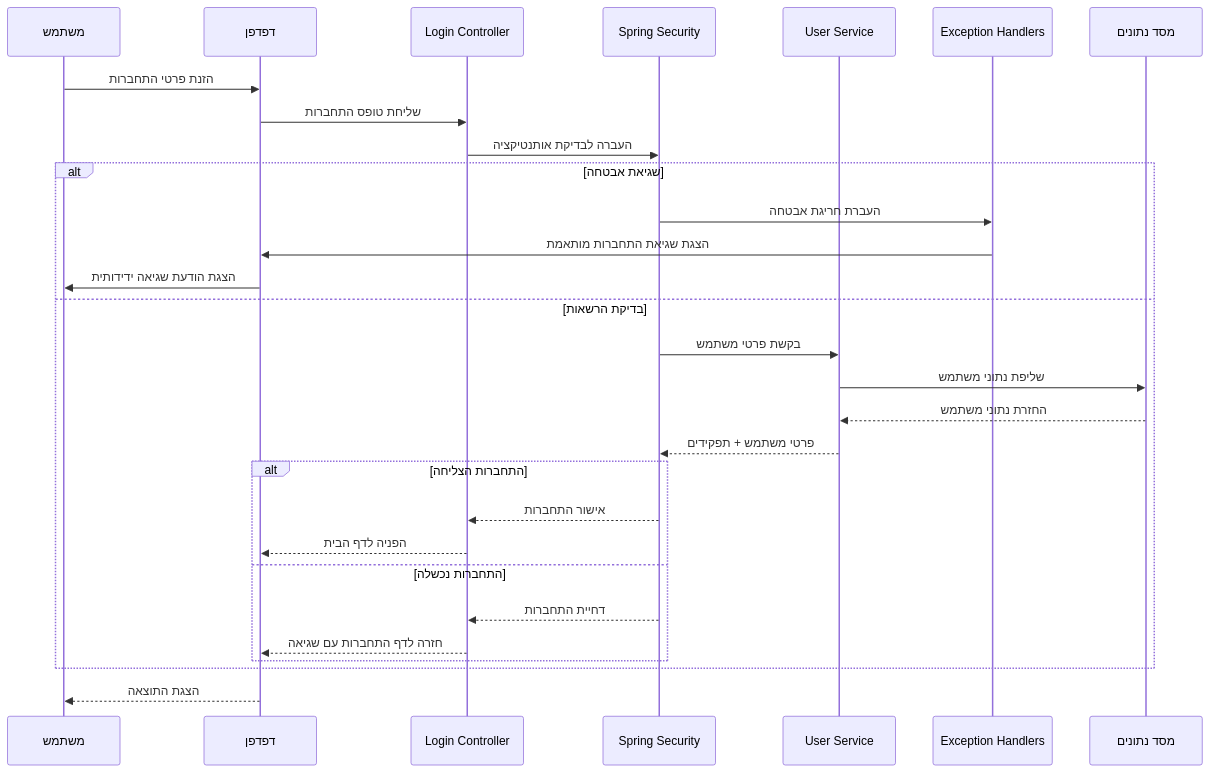
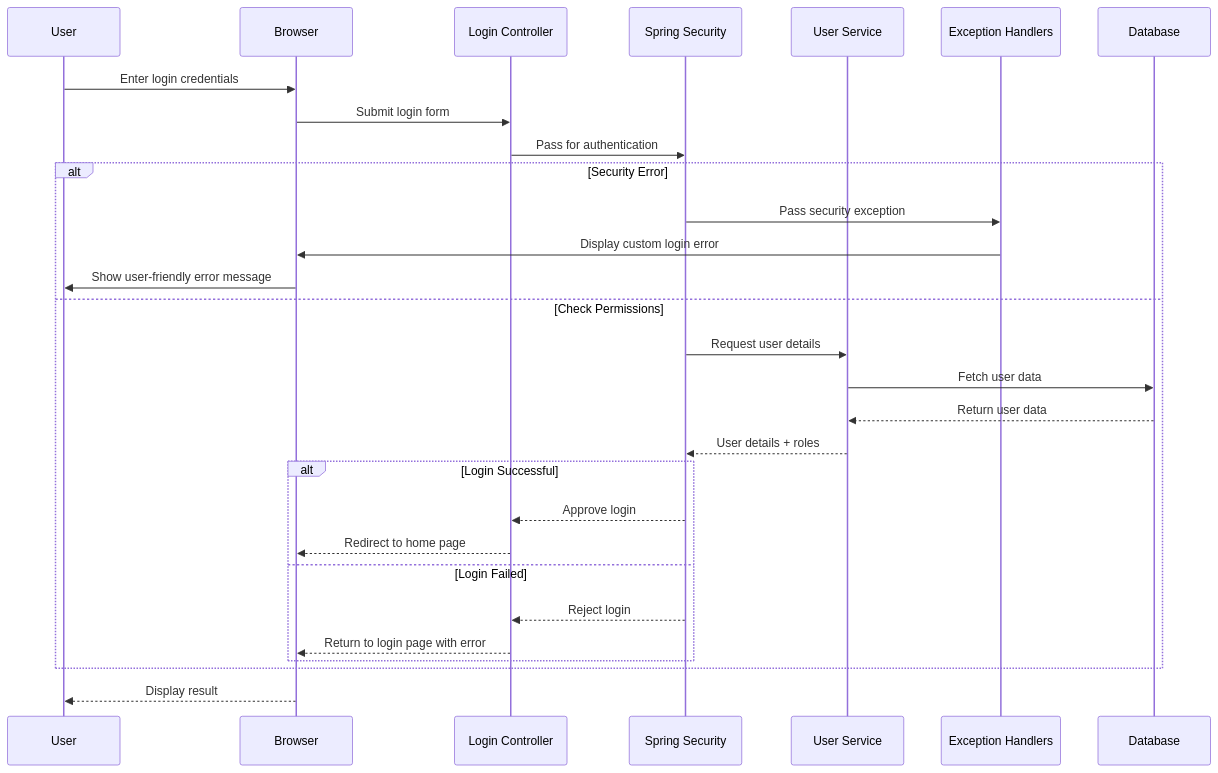
One commit to EliGuriel/Course_Meeting5 changed the eighth of 11 diagrams in Stage6/תיעוד פרויקט ניהול משתמשים ותפקידים - Stage6.md. Above: the diagram before and after it, drawn with Mermaid. The commit also changed other lines of this file and 19 other files, not shown here.

````diff
--- a/Stage6/תיעוד פרויקט ניהול משתמשים ותפקידים - Stage6.md
+++ b/Stage6/תיעוד פרויקט ניהול משתמשים ותפקידים - Stage6.md
@@ -735,35 +735,35 @@
 ```mermaid
 sequenceDiagram
-    participant User as משתמש
-    participant Browser as דפדפן
+    participant User
+    participant Browser
     participant Controller as Login Controller
     participant Security as Spring Security
     participant Service as User Service
     participant Handlers as Exception Handlers
-    participant DB as מסד נתונים
+    participant DB as Database
     
-    User->>Browser: הזנת פרטי התחברות
-    Browser->>Controller: שליחת טופס התחברות
-    Controller->>Security: העברה לבדיקת אותנטיקציה
+    User->>Browser: Enter login credentials
+    Browser->>Controller: Submit login form
+    Controller->>Security: Pass for authentication
     
-    alt שגיאת אבטחה
-        Security->>Handlers: העברת חריגת אבטחה
-        Handlers->>Browser: הצגת שגיאת התחברות מותאמת
-        Browser->>User: הצגת הודעת שגיאה ידידותית
-    else בדיקת הרשאות
-        Security->>Service: בקשת פרטי משתמש
-        Service->>DB: שליפת נתוני משתמש
-        DB-->>Service: החזרת נתוני משתמש
-        Service-->>Security: פרטי משתמש + תפקידים
+    alt Security Error
+        Security->>Handlers: Pass security exception
+        Handlers->>Browser: Display custom login error
+        Browser->>User: Show user-friendly error message
+    else Check Permissions
+        Security->>Service: Request user details
+        Service->>DB: Fetch user data
+        DB-->>Service: Return user data
+        Service-->>Security: User details + roles
         
-        alt התחברות הצליחה
-            Security-->>Controller: אישור התחברות
-            Controller-->>Browser: הפניה לדף הבית
-        else התחברות נכשלה
-            Security-->>Controller: דחיית התחברות
-            Controller-->>Browser: חזרה לדף התחברות עם שגיאה
+        alt Login Successful
+            Security-->>Controller: Approve login
+            Controller-->>Browser: Redirect to home page
+        else Login Failed
+            Security-->>Controller: Reject login
+            Controller-->>Browser: Return to login page with error
         end
     end
     
-    Browser-->>User: הצגת התוצאה
+    Browser-->>User: Display result
 ```
````
